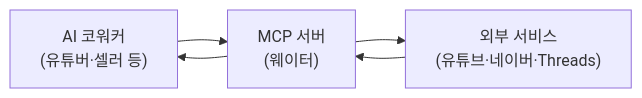
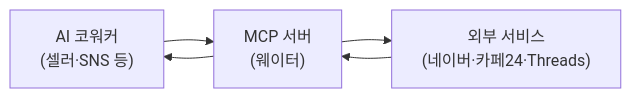
The diagram in www/content/plugins/mcp/_index.md (modu-ai/cowork-plugins), drawn with Mermaid before and after one commit. The commit also changed other lines of this file and 152 other files, not shown here.

First line of the commit message:
revert(plugins): 유튜버 코워커·moai-mcp-youtube 서버 철회

````diff
--- a/www/content/plugins/mcp/_index.md
+++ b/www/content/plugins/mcp/_index.md
@@ -23,7 +23,7 @@
 ```mermaid
 flowchart LR
-   A["AI 코워커<br/>(유튜버·셀러 등)"] --> B["MCP 서버<br/>(웨이터)"]
-   B --> C["외부 서비스<br/>(유튜브·네이버·Threads)"]
+   A["AI 코워커<br/>(셀러·SNS 등)"] --> B["MCP 서버<br/>(웨이터)"]
+   B --> C["외부 서비스<br/>(네이버·카페24·Threads)"]
    C --> B
    B --> A
 ```
````
